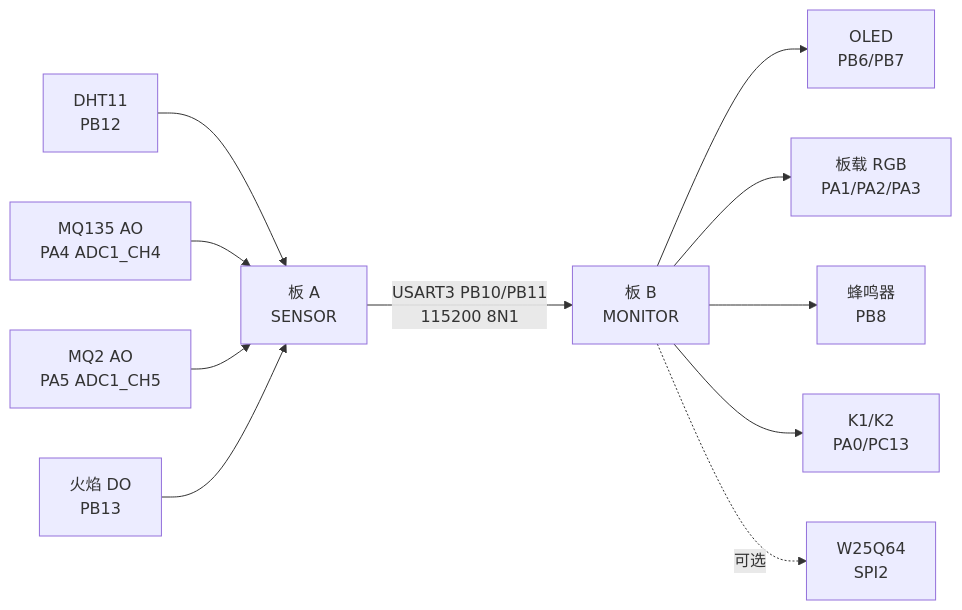
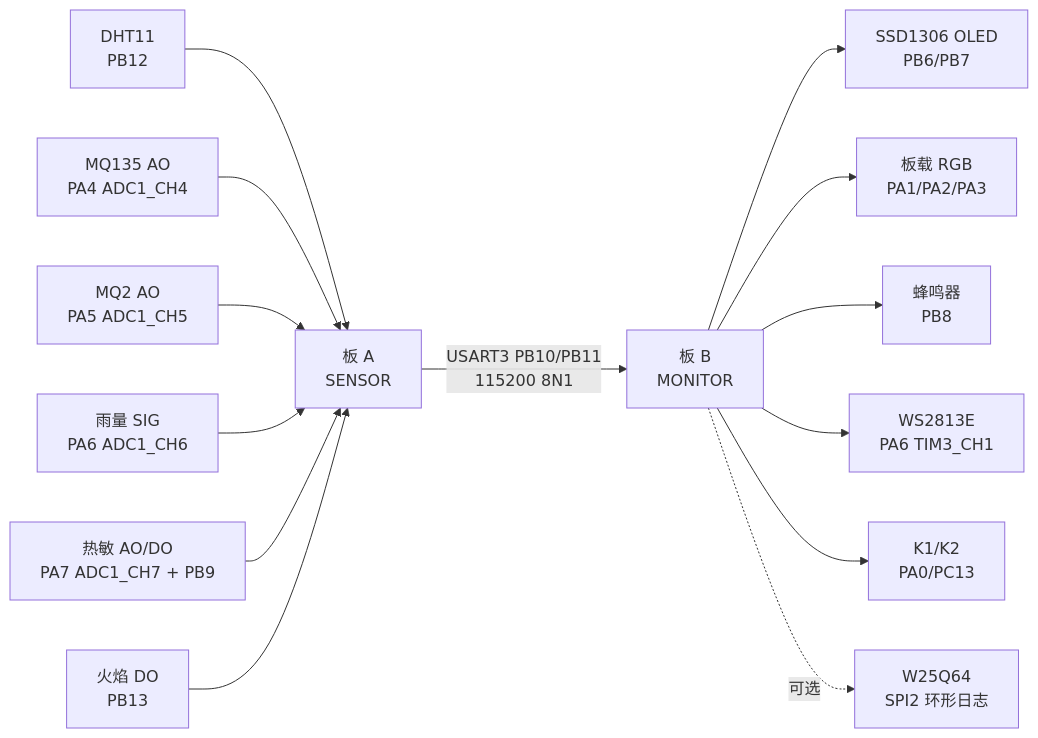
One commit to Cusnd/dual-stm32-safety-monitor changed the diagram in README.zh-CN.md. Above: the diagram before and after it, drawn with Mermaid. The commit also changed other lines of this file and 72 other files, not shown here.

````diff
--- a/README.zh-CN.md
+++ b/README.zh-CN.md
@@ -22,13 +22,16 @@
 ```mermaid
 flowchart LR
   DHT11[DHT11<br/>PB12] --> A[板 A<br/>SENSOR]
   MQ135[MQ135 AO<br/>PA4 ADC1_CH4] --> A
   MQ2[MQ2 AO<br/>PA5 ADC1_CH5] --> A
+  Rain[雨量 SIG<br/>PA6 ADC1_CH6] --> A
+  Therm[热敏 AO/DO<br/>PA7 ADC1_CH7 + PB9] --> A
   Flame[火焰 DO<br/>PB13] --> A
   A -- USART3 PB10/PB11<br/>115200 8N1 --> B[板 B<br/>MONITOR]
-  B --> OLED[OLED<br/>PB6/PB7]
+  B --> OLED[SSD1306 OLED<br/>PB6/PB7]
   B --> RGB[板载 RGB<br/>PA1/PA2/PA3]
   B --> Buzz[蜂鸣器<br/>PB8]
+  B --> ExtRGB[WS2813E<br/>PA6 TIM3_CH1]
   B --> Keys[K1/K2<br/>PA0/PC13]
-  B -. 可选 .-> Flash[W25Q64<br/>SPI2]
+  B -. 可选 .-> Flash[W25Q64<br/>SPI2 环形日志]
 ```
````
